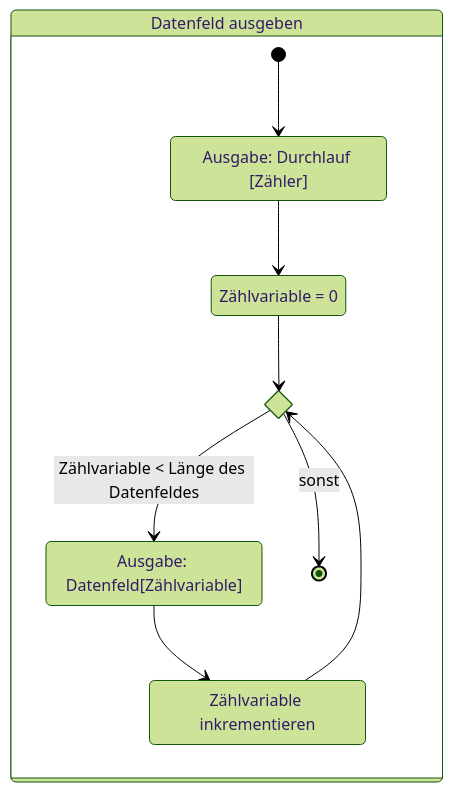
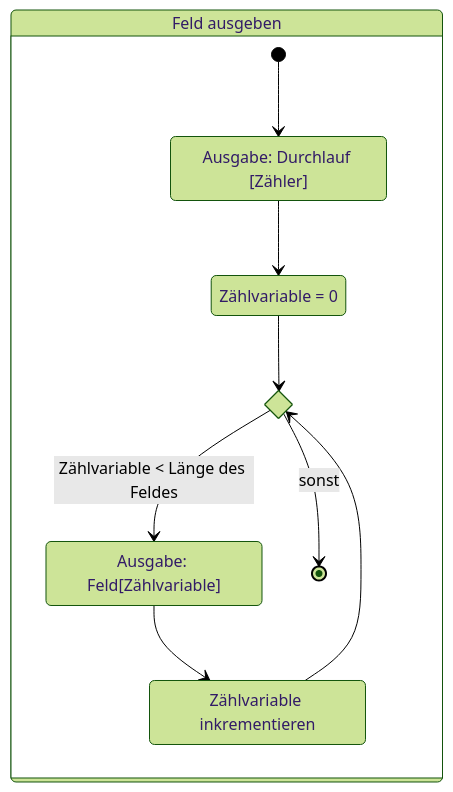
The fourth of 4 diagrams in docs/exam-exercises/exam-exercises-java1/insertion-sort.md (jappuccini/java-docs), drawn with Mermaid (forest theme) before and after one commit. The commit also changed other lines of this file and 3 other files, not shown here.

````diff
--- a/docs/exam-exercises/exam-exercises-java1/insertion-sort.md
+++ b/docs/exam-exercises/exam-exercises-java1/insertion-sort.md
@@ -76,19 +76,19 @@
 ```mermaid
 stateDiagram-v2
     state "Ausgabe: Durchlauf [Zähler]" as state1
     state "Zählvariable = 0" as state2
-    state "Ausgabe: Datenfeld[Zählvariable]" as state3
+    state "Ausgabe: Feld[Zählvariable]" as state3
     state "Zählvariable inkrementieren" as state4
 
     state if1 <<choice>>
 
-    state "Datenfeld ausgeben" as print {
+    state "Feld ausgeben" as print {
         [*] --> state1
         state1 --> state2
         state2 --> if1
-        if1 --> state3: Zählvariable < Länge des Datenfeldes
+        if1 --> state3: Zählvariable < Länge des Feldes
         if1 --> [*]: sonst
         state3 --> state4
         state4 --> if1
     }
 ```
````
